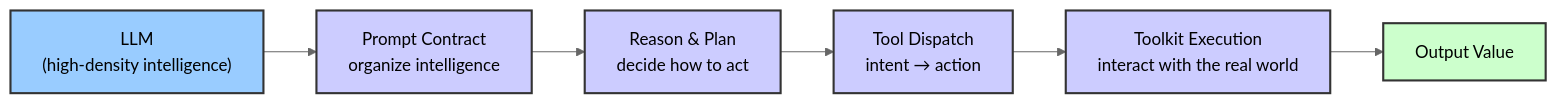
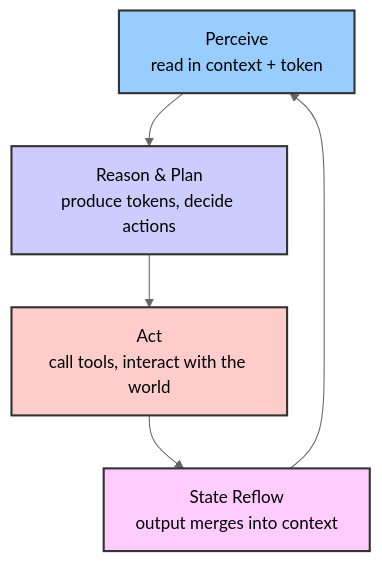
The second of 2 diagrams in README.md (pinpawo/pinpawo-agent), drawn with Mermaid (neutral theme) before and after one commit. The commit also changed other lines of this file, not shown here.

First line of the commit message:
docs: make Vision cycle diagrams true loops with 4-node ring structure

````diff
--- a/README.md
+++ b/README.md
@@ -38,14 +35,11 @@
 ```mermaid
-flowchart LR
-    L["LLM<br/>(high-density intelligence)"] --> P["Prompt Contract<br/>organize intelligence"]
-    P --> R["Reason & Plan<br/>decide how to act"]
-    R --> T["Tool Dispatch<br/>intent → action"]
-    T --> K["Toolkit Execution<br/>interact with the real world"]
-    K --> V["Output Value"]
-    style L fill:#9cf,stroke:#333,stroke-width:2px
-    style P fill:#ccf,stroke:#333,stroke-width:2px
+flowchart TD
+    P["Perceive<br/>read in context + token"] --> R["Reason & Plan<br/>produce tokens, decide actions"]
+    R --> A["Act<br/>call tools, interact with the world"]
+    A --> SR["State Reflow<br/>output merges into context"]
+    SR --> P
+    style P fill:#9cf,stroke:#333,stroke-width:2px
     style R fill:#ccf,stroke:#333,stroke-width:2px
-    style T fill:#ccf,stroke:#333,stroke-width:2px
-    style K fill:#ccf,stroke:#333,stroke-width:2px
-    style V fill:#cfc,stroke:#333,stroke-width:2px
+    style A fill:#fcc,stroke:#333,stroke-width:2px
+    style SR fill:#fcf,stroke:#333,stroke-width:2px
 ```
````
